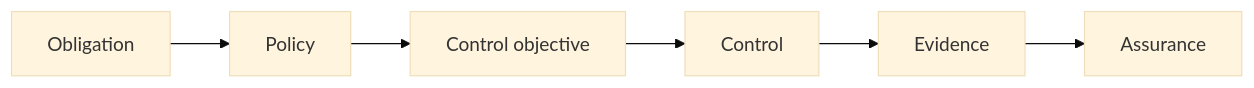
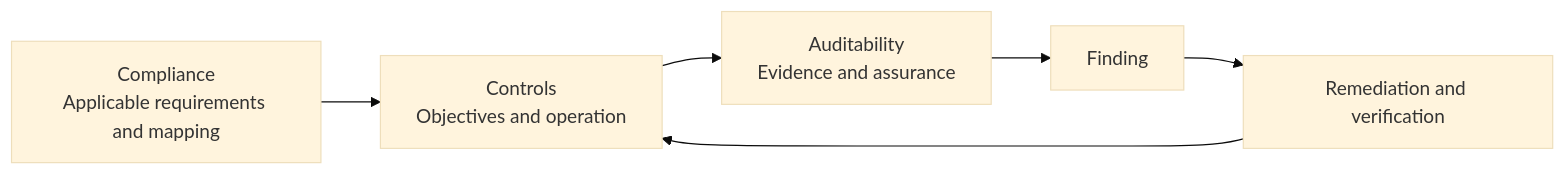
One commit to skitazaki/notes-with-ai changed the diagram in content/docs/data/governance/compliance-and-auditability/_index.md. Above: the diagram before and after it, drawn with Mermaid (base theme). The commit also changed other lines of this file and 37 other files, not shown here.

````diff
--- a/content/docs/data/governance/compliance-and-auditability/_index.md
+++ b/content/docs/data/governance/compliance-and-auditability/_index.md
@@ -15,4 +17,5 @@
 ```mermaid
 flowchart LR
-  O["Obligation"] --> P["Policy"] --> CO["Control objective"] --> C["Control"] --> E["Evidence"] --> A["Assurance"]
+  CMP["Compliance<br/>Applicable requirements and mapping"] --> CTRL["Controls<br/>Objectives and operation"] --> AUD["Auditability<br/>Evidence and assurance"]
+  AUD --> F["Finding"] --> R["Remediation and verification"] --> CTRL
 ```
````
